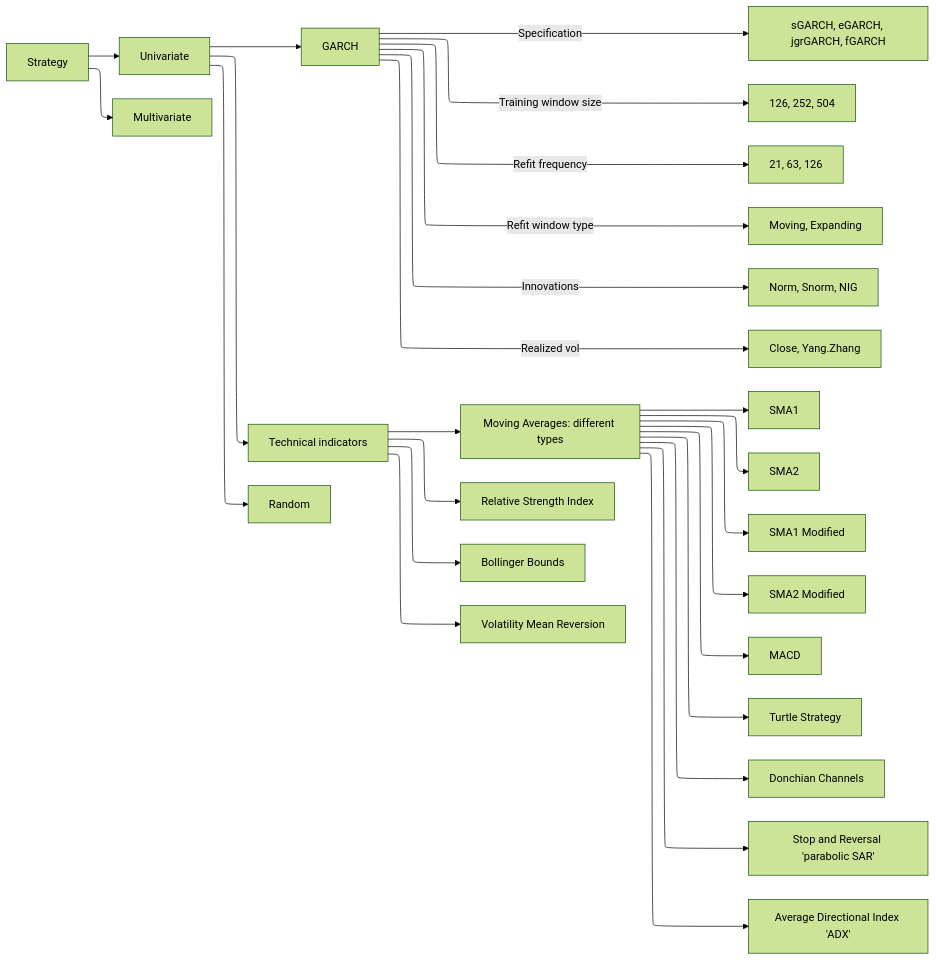
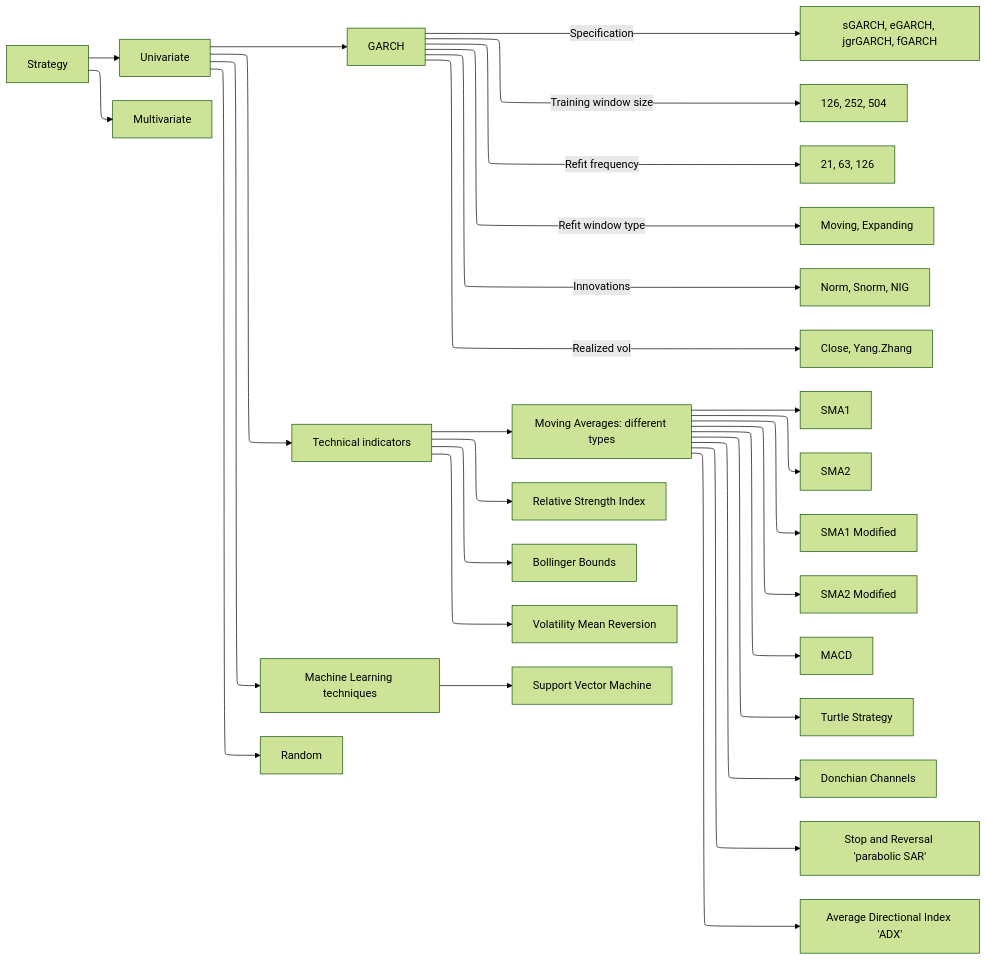
Before and after one commit to kraif999/ATS: the first of 2 diagrams in README.md, drawn with Mermaid (forest theme). The commit also changed 2 other files, not shown here.

Commit message:
Add minor updates in estimate_performance method in Strategy class

````diff
--- a/README.md
+++ b/README.md
@@ -11,28 +11,30 @@
 ```mermaid
 %%{init: {"flowchart": {"defaultRenderer": "elk", "nodeWidth": 1000}}}%%
 flowchart LR
     Strategy[Strategy] --> Univariate[Univariate]
     Strategy --> Multivariate[Multivariate]
     Univariate --> GARCH[GARCH]
     GARCH -->|Specification| spec[sGARCH, eGARCH, jgrGARCH, fGARCH]
     GARCH -->|Training window size| training[126, 252, 504]
     GARCH -->|Refit frequency| refit[21, 63, 126]
     GARCH -->|Refit window type| type[Moving, Expanding]
     GARCH -->|Innovations| distr[Norm, Snorm, NIG]
     GARCH -->|Realized vol| rv[Close, Yang.Zhang]
     Univariate --> Tech[Technical indicators]
     Tech --> ma[Moving Averages: different types]
     ma --> sma1[SMA1]
     ma --> sma2[SMA2]
     ma --> sma1m[SMA1 Modified]
     ma --> sma2m[SMA2 Modified]
     ma --> macd[MACD]
     ma --> tt[Turtle Strategy]
     ma --> dc[Donchian Channels]
     ma --> sra[Stop and Reversal 'parabolic SAR']
     ma --> adx[Average Directional Index 'ADX']
     Tech --> rsi[Relative Strength Index]
     Tech --> bb[Bollinger Bounds]
     Tech --> vol[Volatility Mean Reversion]
+    Univariate --> ml[Machine Learning techniques]
+    ml --> svm[Support Vector Machine]
     Univariate --> r[Random]
 ```
````
